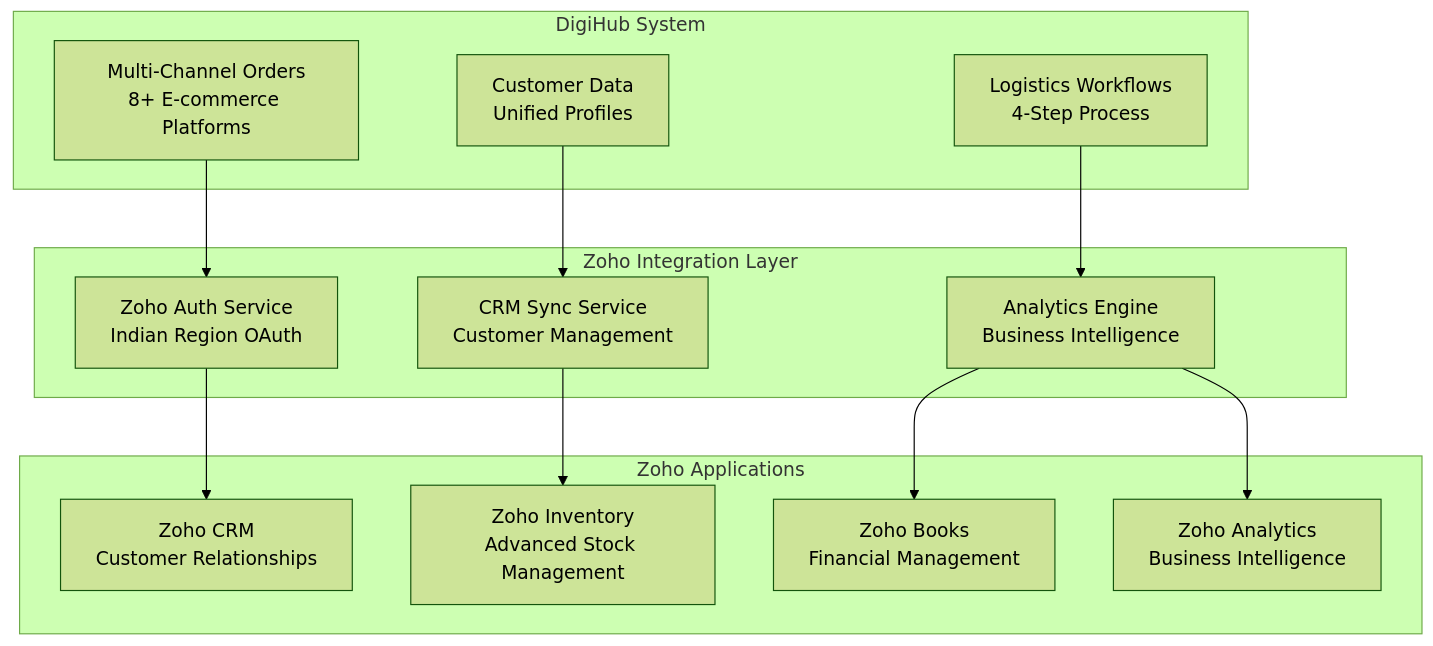
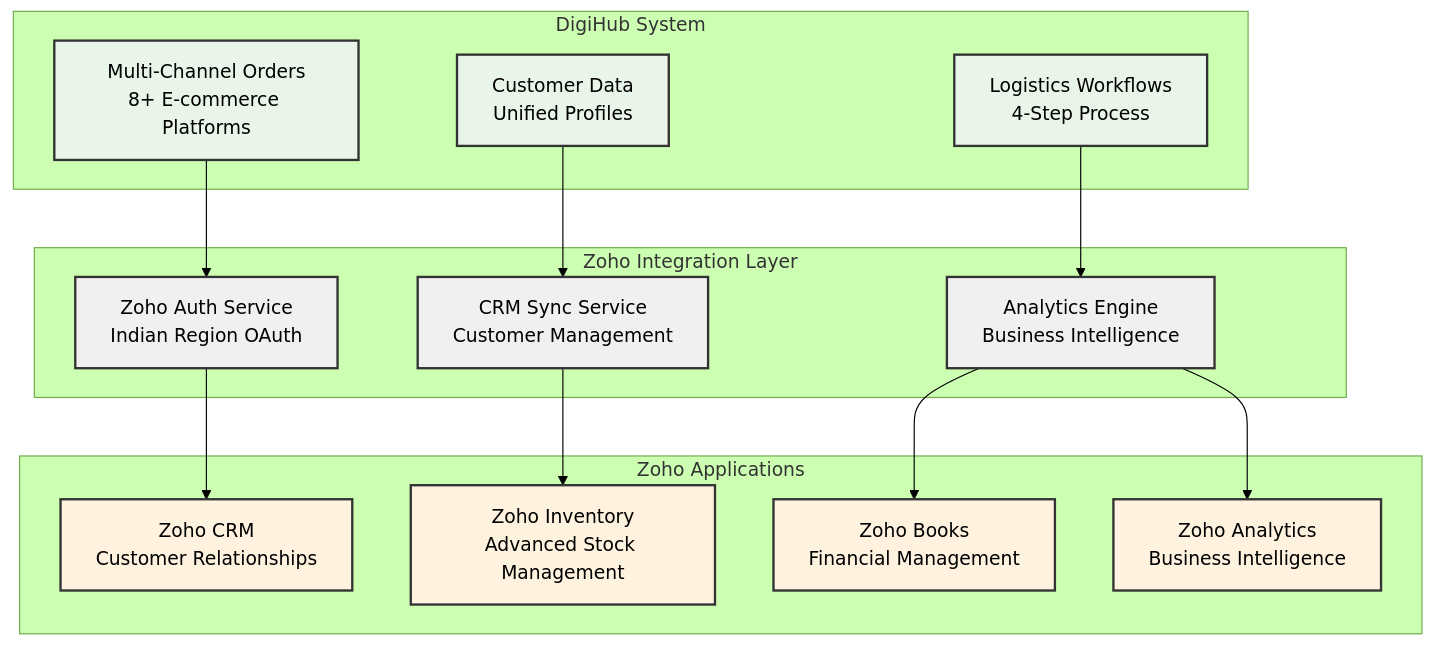
Diagram 12 of 44 in README.md (sandeepkumar0801/Digihub), drawn with Mermaid (forest theme) before and after one commit. The commit also changed other lines of this file and 1 other file, not shown here.

````diff
--- a/README.md
+++ b/README.md
@@ -1921,34 +2085,38 @@
 ```mermaid
 graph TD
     subgraph "DigiHub System"
         A[Multi-Channel Orders<br/>8+ E-commerce Platforms]
         B[Customer Data<br/>Unified Profiles]
         C[Logistics Workflows<br/>4-Step Process]
     end
 
     subgraph "Zoho Integration Layer"
         D[Zoho Auth Service<br/>Indian Region OAuth]
         E[CRM Sync Service<br/>Customer Management]
         F[Analytics Engine<br/>Business Intelligence]
     end
 
     subgraph "Zoho Applications"
         G[Zoho CRM<br/>Customer Relationships]
         H[Zoho Inventory<br/>Advanced Stock Management]
         I[Zoho Books<br/>Financial Management]
         J[Zoho Analytics<br/>Business Intelligence]
     end
 
     A --> D
     B --> E
     C --> F
 
     D --> G
     E --> H
     F --> I
     F --> J
 
+    classDef digihub fill:#e8f5e8,stroke:#333333,stroke-width:2px,color:#000000
+    classDef integration fill:#f0f0f0,stroke:#333333,stroke-width:2px,color:#000000
+    classDef zoho fill:#fff3e0,stroke:#333333,stroke-width:2px,color:#000000
 
-
-
+    class A,B,C digihub
+    class D,E,F integration
+    class G,H,I,J zoho
 ```
````
